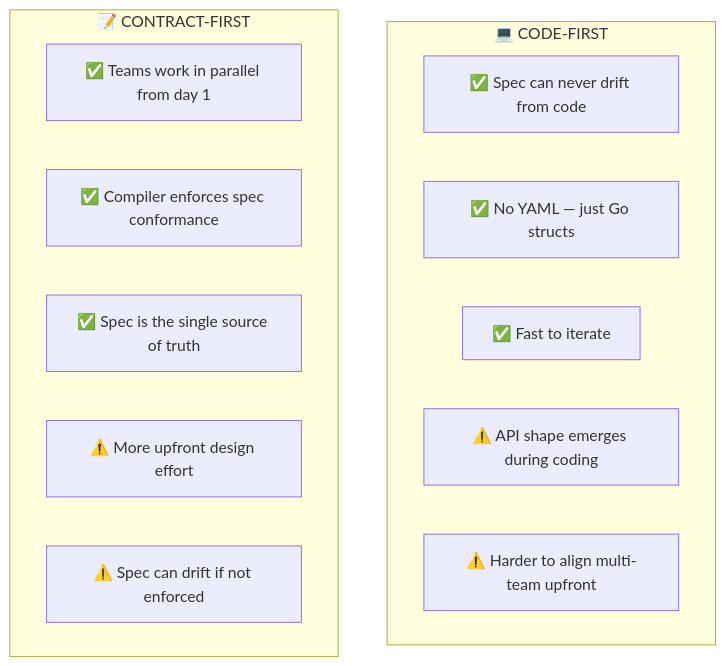
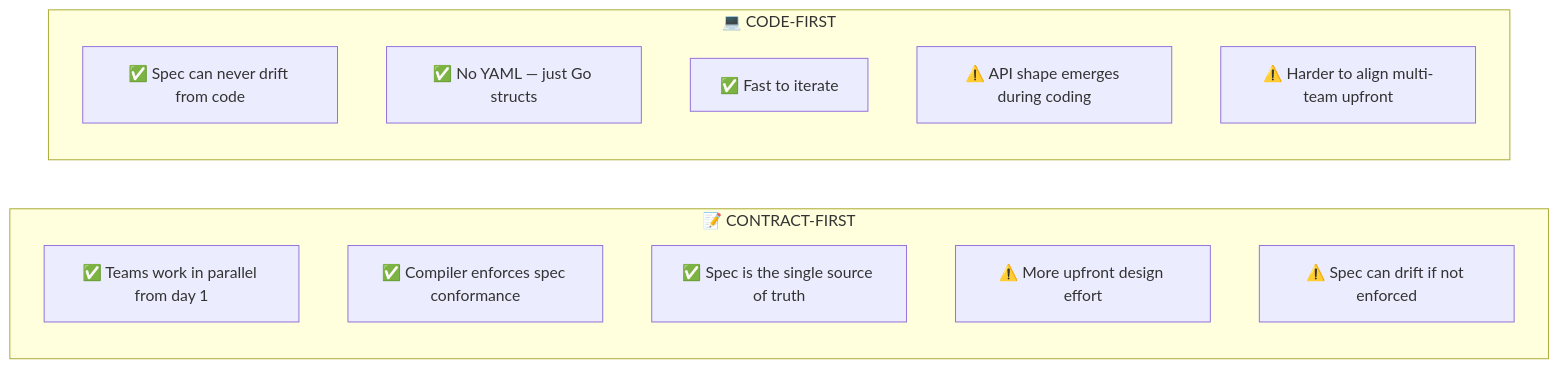
The seventh of 7 diagrams in internal/fundamentals/api-fundamentals/04-contract-first-vs-code-first.md (romangurevitch/GoTraining), drawn with Mermaid before and after one commit. The commit also changed other lines of this file and 20 other files, not shown here.

````diff
--- a/internal/fundamentals/api-fundamentals/04-contract-first-vs-code-first.md
+++ b/internal/fundamentals/api-fundamentals/04-contract-first-vs-code-first.md
@@ -191,19 +191,22 @@
 ```mermaid
-graph TB
-
+graph TD
     subgraph COF2["💻 CODE-FIRST"]
+        direction TB
         COF_A["✅ Spec can never drift from code"]
         COF_B["✅ No YAML — just Go structs"]
         COF_C["✅ Fast to iterate"]
         COF_D["⚠️ API shape emerges during coding"]
         COF_E["⚠️ Harder to align multi-team upfront"]
     end
 
+    COF2 ~~~ CF2
+
     subgraph CF2["📝 CONTRACT-FIRST"]
+        direction TB
         CF_A["✅ Teams work in parallel from day 1"]
         CF_B["✅ Compiler enforces spec conformance"]
         CF_C["✅ Spec is the single source of truth"]
         CF_D["⚠️ More upfront design effort"]
         CF_E["⚠️ Spec can drift if not enforced"]
     end
 ```
````
